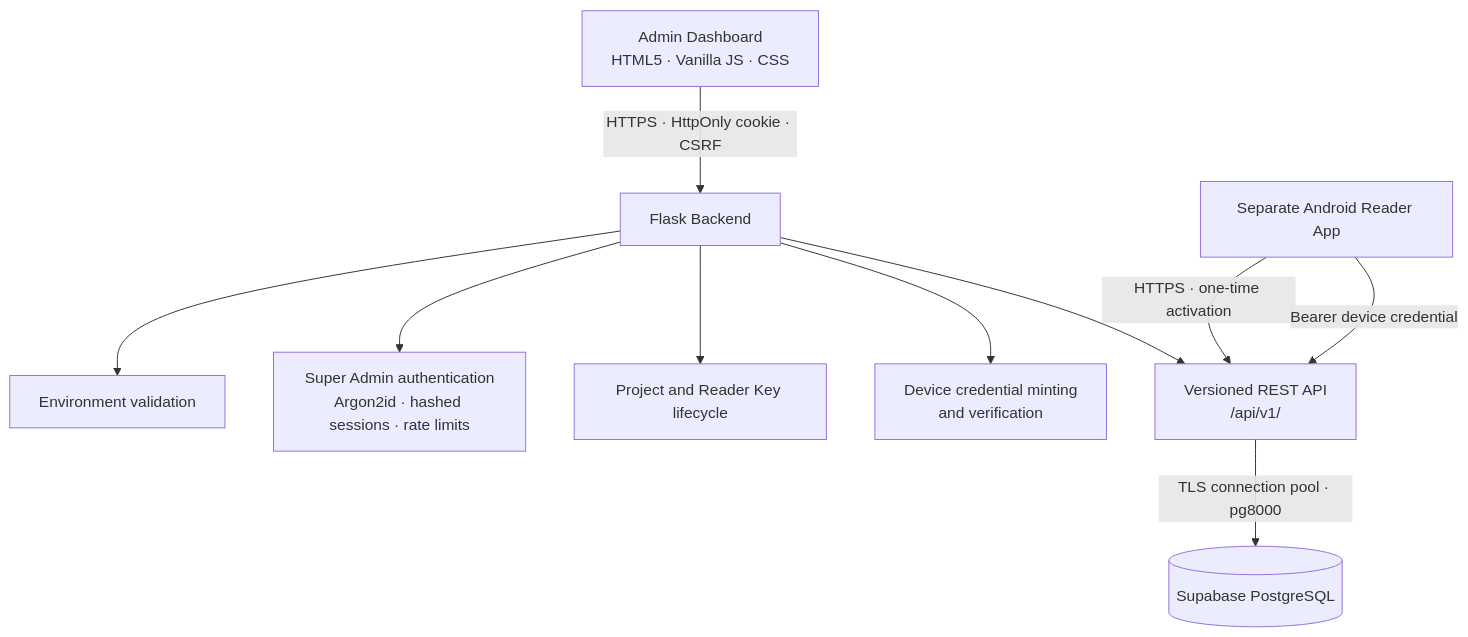
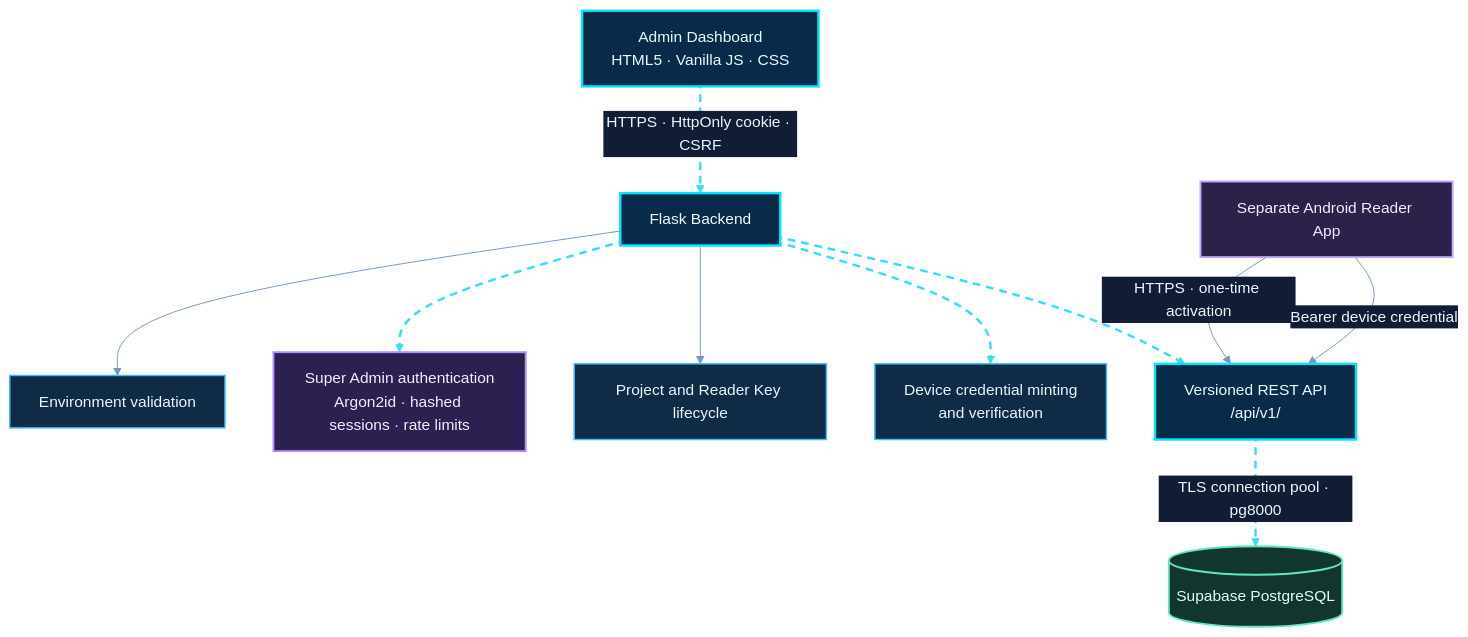
The third of 23 diagrams in README.md (shajeduzzamanenan992008inc/NexOra-Database-key-Gen), drawn with Mermaid before and after one commit. The commit also changed other lines of this file, not shown here.

````diff
--- a/README.md
+++ b/README.md
@@ -453,12 +497,33 @@
 ```mermaid
+%%{init: {"theme":"base","themeVariables":{"darkMode":true,"background":"#07111f","primaryColor":"#102744","primaryTextColor":"#e8f7ff","primaryBorderColor":"#00d9ff","lineColor":"#7297c8","secondaryColor":"#261d45","secondaryTextColor":"#f3eaff","secondaryBorderColor":"#a78bfa","tertiaryColor":"#12332b","tertiaryTextColor":"#e0fff1","tertiaryBorderColor":"#41e6a2","fontFamily":"Inter, Segoe UI, sans-serif","edgeLabelBackground":"#101d34","mainBkg":"#102744","nodeBorder":"#00d9ff","clusterBkg":"#0b1930","clusterBorder":"#6f7dff","actorBkg":"#102744","actorBorder":"#00d9ff","actorTextColor":"#e8f7ff","signalColor":"#64d8ff","signalTextColor":"#e8f7ff","noteBkgColor":"#0e332b","noteBorderColor":"#41e6a2","noteTextColor":"#e0fff1"}}}%%
 flowchart TD
-    A["Admin Dashboard<br/>HTML5 · Vanilla JS · CSS"] -->|"HTTPS · HttpOnly cookie · CSRF"| B["Flask Backend"]
-    B --> C["Environment validation"]
-    B --> D["Super Admin authentication<br/>Argon2id · hashed sessions · rate limits"]
+    A["Admin Dashboard<br/>HTML5 · Vanilla JS · CSS"] nx03e01@-->|"HTTPS · HttpOnly cookie · CSRF"| B["Flask Backend"]
+    B nx03e02@nx03e04@--> C["Environment validation"]
+    B nx03e03@--> D["Super Admin authentication<br/>Argon2id · hashed sessions · rate limits"]
     B --> E["Project and Reader Key lifecycle"]
-    B --> F["Device credential minting<br/>and verification"]
-    B --> G["Versioned REST API<br/>/api/v1/"]
-    G -->|"TLS connection pool · pg8000"| H[("Supabase PostgreSQL")]
+    B nx03e05@--> F["Device credential minting<br/>and verification"]
+    B nx03e06@--> G["Versioned REST API<br/>/api/v1/"]
+    G nx03e07@-->|"TLS connection pool · pg8000"| H[("Supabase PostgreSQL")]
     I["Separate Android Reader App"] -->|"HTTPS · one-time activation"| G
     I -->|"Bearer device credential"| G
+
+    %% OMEGA NEX-ORA visual classes
+    %% OMEGA NEX-ORA / ULTRA NEON PALETTE
+    classDef nxCore fill:#092b49,stroke:#00e5ff,stroke-width:2.5px,color:#e9fbff;
+    classDef nxProcess fill:#102b45,stroke:#3dbcf5,stroke-width:1.5px,color:#e9f6ff;
+    classDef nxDecision fill:#2b2050,stroke:#b38cff,stroke-width:2px,color:#f3edff;
+    classDef nxSuccess fill:#0d3b2c,stroke:#3fffa0,stroke-width:2px,color:#e0fff0;
+    classDef nxDanger fill:#451d30,stroke:#ff6688,stroke-width:2px,color:#fff0f3;
+    classDef nxData fill:#12352d,stroke:#63e6be,stroke-width:2px,color:#e1fff5;
+    classDef nxExternal fill:#2b2149,stroke:#c4a5ff,stroke-width:2px,color:#f3ecff;
+    classDef nxInfo fill:#17253e,stroke:#91a7c9,stroke-width:1.5px,color:#e5efff;
+    classDef nxWarning fill:#453116,stroke:#fbbf24,stroke-width:2px,color:#fff6d6;
+    %% Moving dashed route: Mermaid applies this class to explicitly identified edges.
+    classDef nxAnimated stroke:#35dcff,stroke-width:2.5px,stroke-dasharray:8\,6,stroke-dashoffset:1000,animation:dash 24s linear infinite;
+    class A,B,G nxCore;
+    class C,E,F nxProcess;
+    class D nxDecision;
+    class H nxData;
+    class I nxExternal;
+    class nx03e01,nx03e02,nx03e03,nx03e04,nx03e05,nx03e06,nx03e07 nxAnimated;
 ```
````
